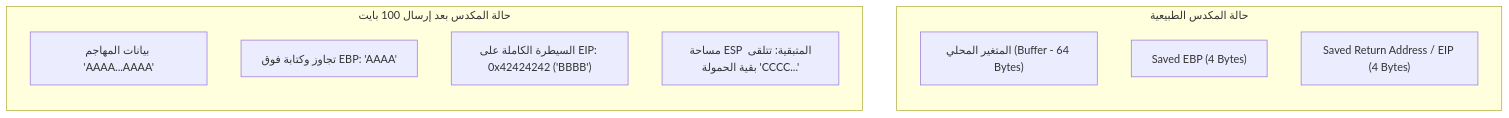
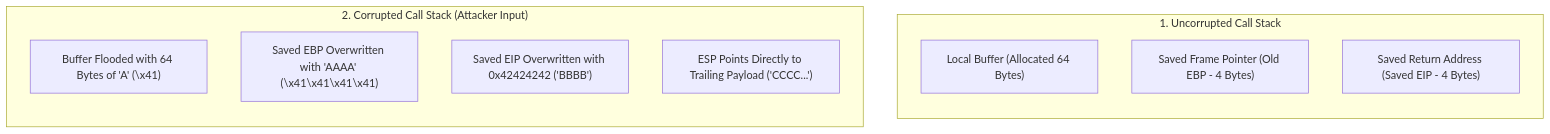
One commit to 3bdo-fathi/3bdo-fathi.github.io changed the first of 2 diagrams in _posts/2026-11-12-ecppt-v3-part-2-exploit-development-buffer-overflows.md. Above: the diagram before and after it, drawn with Mermaid. The commit also changed other lines of this file and 11 other files, not shown here.

````diff
--- a/_posts/2026-11-12-ecppt-v3-part-2-exploit-development-buffer-overflows.md
+++ b/_posts/2026-11-12-ecppt-v3-part-2-exploit-development-buffer-overflows.md
@@ -44,17 +45,17 @@
 ```mermaid
 flowchart TD
-    subgraph NormalStack ["حالة المكدس الطبيعية"]
+    subgraph NormalStack ["1. Uncorrupted Call Stack"]
         direction TB
-        N1["المتغير المحلي (Buffer - 64 Bytes)"]
-        N2["Saved EBP (4 Bytes)"]
-        N3["Saved Return Address / EIP (4 Bytes)"]
+        N1["Local Buffer (Allocated 64 Bytes)"]
+        N2["Saved Frame Pointer (Old EBP - 4 Bytes)"]
+        N3["Saved Return Address (Saved EIP - 4 Bytes)"]
     end
 
-    subgraph CorruptedStack ["حالة المكدس بعد إرسال 100 بايت"]
+    subgraph OverflowedStack ["2. Corrupted Call Stack (Attacker Input)"]
         direction TB
-        C1["بيانات المهاجم 'AAAA...AAAA'"]
-        C2["تجاوز وكتابة فوق EBP: 'AAAA'"]
-        C3["السيطرة الكاملة على EIP: 0x42424242 ('BBBB')"]
-        C4["مساحة ESP المتبقية: تتلقى بقية الحمولة 'CCCC...'"]
+        C1["Buffer Flooded with 64 Bytes of 'A' (\x41)"]
+        C2["Saved EBP Overwritten with 'AAAA' (\x41\x41\x41\x41)"]
+        C3["Saved EIP Overwritten with 0x42424242 ('BBBB')"]
+        C4["ESP Points Directly to Trailing Payload ('CCCC...')"]
     end
 ```
````
